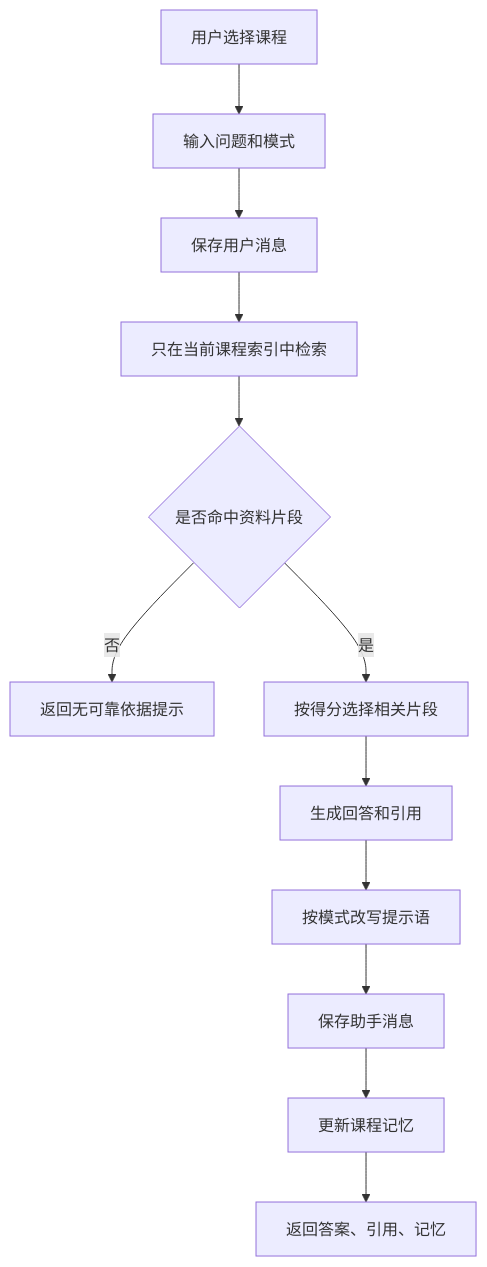
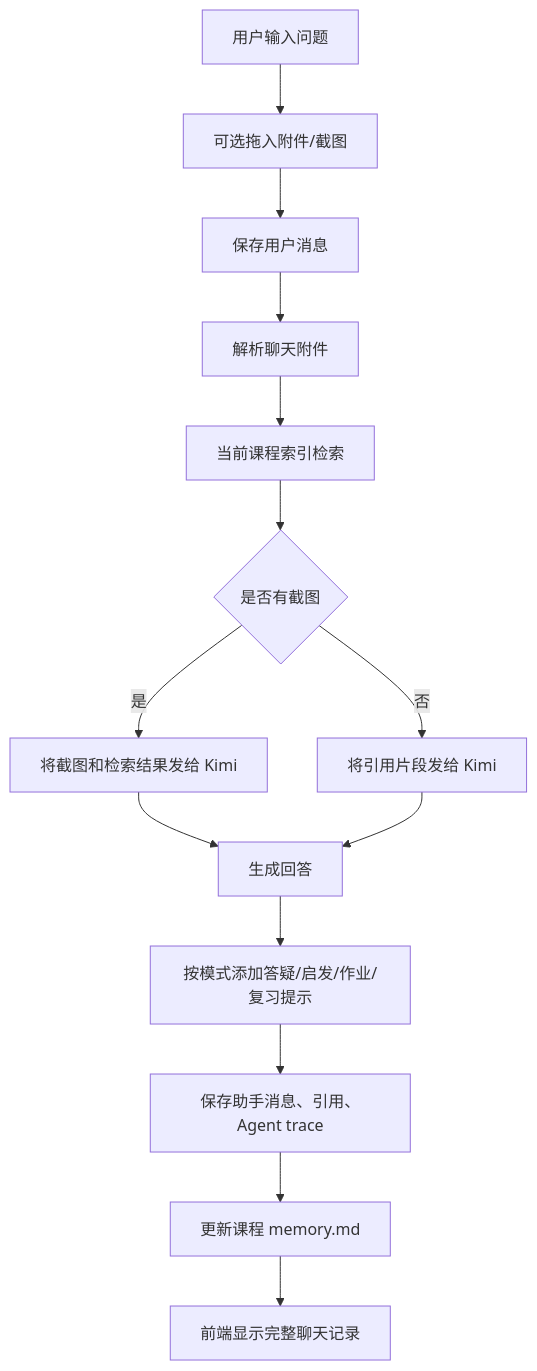
The seventh of 8 diagrams in docs/系统设计.md (LuMH1027/ai-learn-assistant), drawn with Mermaid before and after one commit. The commit also changed other lines of this file and 14 other files, not shown here.

````diff
--- a/docs/系统设计.md
+++ b/docs/系统设计.md
@@ -165,14 +201,16 @@
 ```mermaid
 flowchart TD
-    A["用户选择课程"] --> B["输入问题和模式"]
+    A["用户输入问题"] --> B["可选拖入附件/截图"]
     B --> C["保存用户消息"]
-    C --> D["只在当前课程索引中检索"]
-    D --> E{"是否命中资料片段"}
-    E -- 否 --> F["返回无可靠依据提示"]
-    E -- 是 --> G["按得分选择相关片段"]
-    G --> H["生成回答和引用"]
-    H --> I["按模式改写提示语"]
-    I --> J["保存助手消息"]
-    J --> K["更新课程记忆"]
-    K --> L["返回答案、引用、记忆"]
+    C --> D["解析聊天附件"]
+    D --> E["当前课程索引检索"]
+    E --> F{"是否有截图"}
+    F -- 是 --> G["将截图和检索结果发给 Kimi"]
+    F -- 否 --> H["将引用片段发给 Kimi"]
+    G --> I["生成回答"]
+    H --> I
+    I --> J["按模式添加答疑/启发/作业/复习提示"]
+    J --> K["保存助手消息、引用、Agent trace"]
+    K --> L["更新课程 memory.md"]
+    L --> M["前端显示完整聊天记录"]
 ```
````
